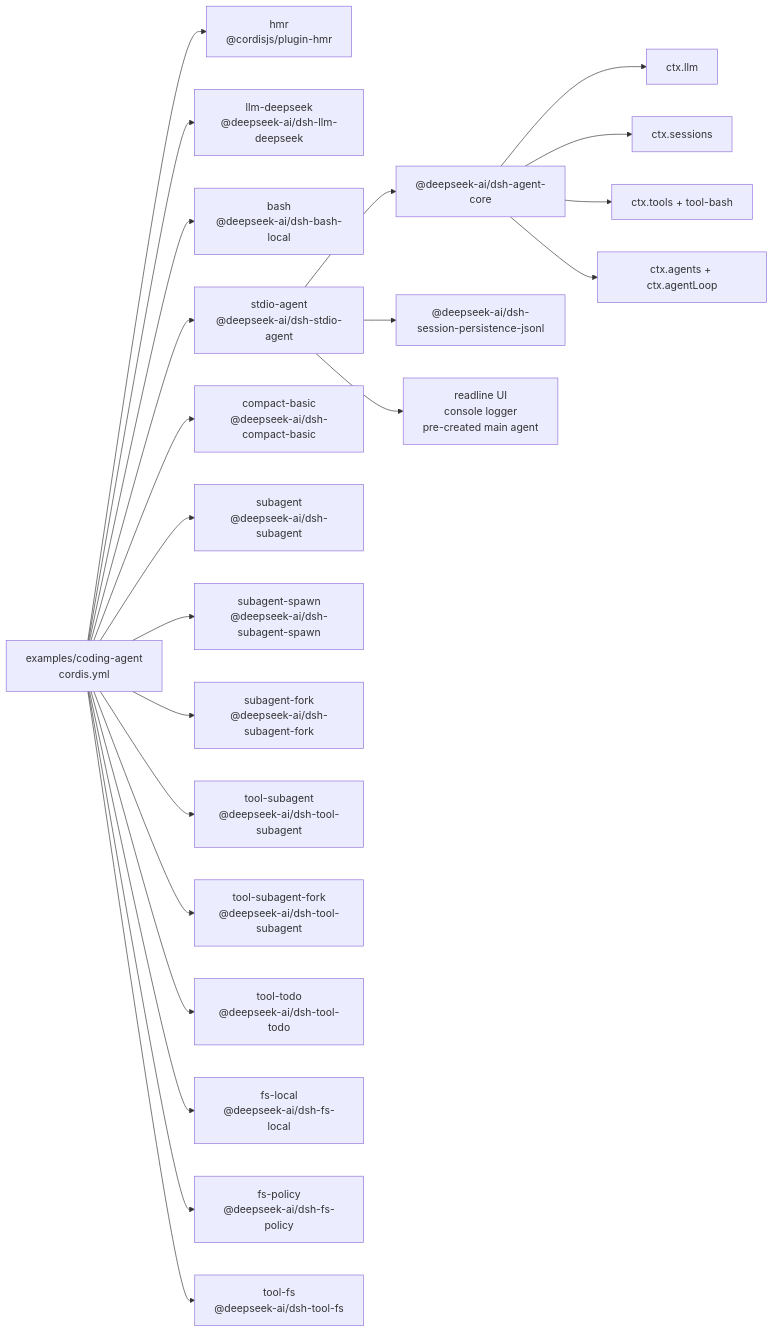
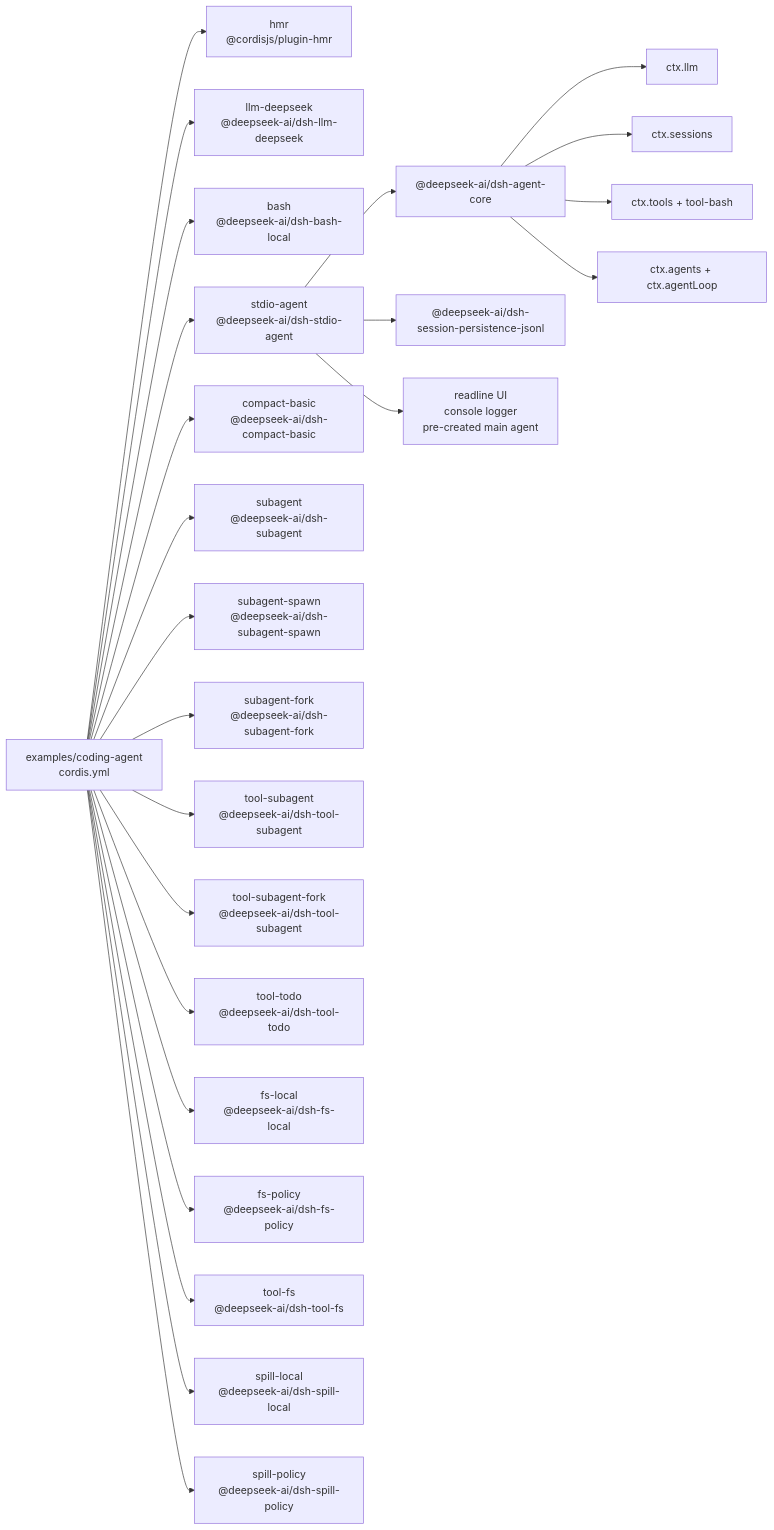
Before and after one commit to 007M7/DeepCode: the diagram in examples/coding-agent/composition.md, drawn with Mermaid. The commit also changed other lines of this file and 34 other files, not shown here.

First line of the commit message:
feat(spill): add tool-output spill seam, local backend, and policy

````diff
--- a/examples/coding-agent/composition.md
+++ b/examples/coding-agent/composition.md
@@ -8,39 +8,43 @@
 ```mermaid
 flowchart LR
   cfg["examples/coding-agent<br/>cordis.yml"]
   plugin_coding_hmr["hmr<br/>@cordisjs/plugin-hmr"]
   cfg --> plugin_coding_hmr
   plugin_coding_llm_deepseek["llm-deepseek<br/>@deepseek-ai/dsh-llm-deepseek"]
   cfg --> plugin_coding_llm_deepseek
   plugin_coding_bash["bash<br/>@deepseek-ai/dsh-bash-local"]
   cfg --> plugin_coding_bash
   plugin_coding_stdio_agent["stdio-agent<br/>@deepseek-ai/dsh-stdio-agent"]
   cfg --> plugin_coding_stdio_agent
   plugin_coding_stdio_agent --> bundle_agent_core["@deepseek-ai/dsh-agent-core"]
   plugin_coding_stdio_agent --> bundle_jsonl["@deepseek-ai/dsh-session-persistence-jsonl"]
   plugin_coding_stdio_agent --> frontdoor_stdio["readline UI<br/>console logger<br/>pre-created main agent"]
   bundle_agent_core --> spine_llm["ctx.llm"]
   bundle_agent_core --> spine_sessions["ctx.sessions"]
   bundle_agent_core --> spine_tools["ctx.tools + tool-bash"]
   bundle_agent_core --> spine_loop["ctx.agents + ctx.agentLoop"]
   plugin_coding_compact_basic["compact-basic<br/>@deepseek-ai/dsh-compact-basic"]
   cfg --> plugin_coding_compact_basic
   plugin_coding_subagent["subagent<br/>@deepseek-ai/dsh-subagent"]
   cfg --> plugin_coding_subagent
   plugin_coding_subagent_spawn["subagent-spawn<br/>@deepseek-ai/dsh-subagent-spawn"]
   cfg --> plugin_coding_subagent_spawn
   plugin_coding_subagent_fork["subagent-fork<br/>@deepseek-ai/dsh-subagent-fork"]
   cfg --> plugin_coding_subagent_fork
   plugin_coding_tool_subagent["tool-subagent<br/>@deepseek-ai/dsh-tool-subagent"]
   cfg --> plugin_coding_tool_subagent
   plugin_coding_tool_subagent_fork["tool-subagent-fork<br/>@deepseek-ai/dsh-tool-subagent"]
   cfg --> plugin_coding_tool_subagent_fork
   plugin_coding_tool_todo["tool-todo<br/>@deepseek-ai/dsh-tool-todo"]
   cfg --> plugin_coding_tool_todo
   plugin_coding_fs_local["fs-local<br/>@deepseek-ai/dsh-fs-local"]
   cfg --> plugin_coding_fs_local
   plugin_coding_fs_policy["fs-policy<br/>@deepseek-ai/dsh-fs-policy"]
   cfg --> plugin_coding_fs_policy
   plugin_coding_tool_fs["tool-fs<br/>@deepseek-ai/dsh-tool-fs"]
   cfg --> plugin_coding_tool_fs
+  plugin_coding_spill_local["spill-local<br/>@deepseek-ai/dsh-spill-local"]
+  cfg --> plugin_coding_spill_local
+  plugin_coding_spill_policy["spill-policy<br/>@deepseek-ai/dsh-spill-policy"]
+  cfg --> plugin_coding_spill_policy
 ```
````
